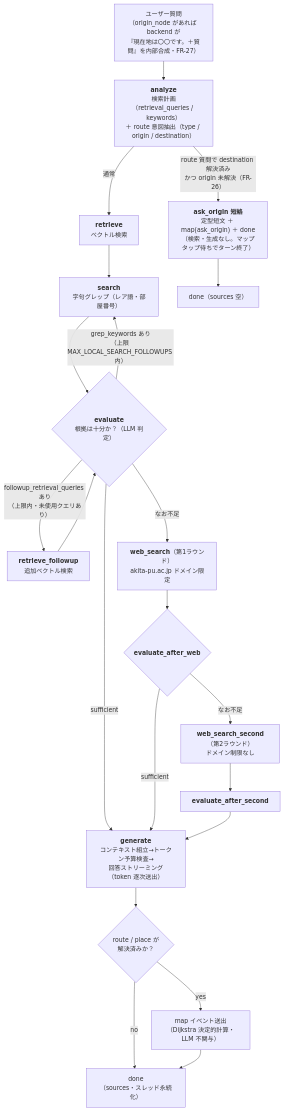
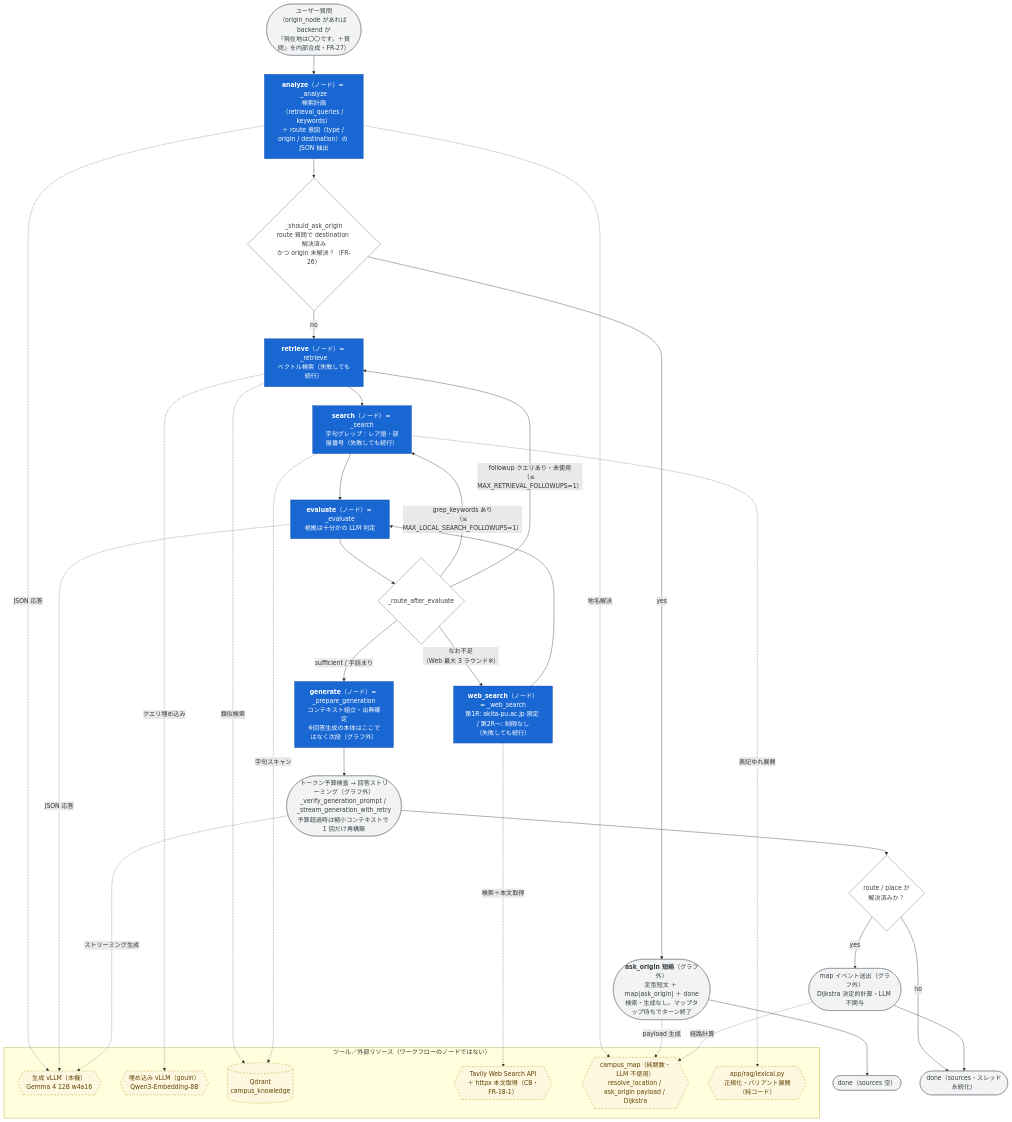
The second of 4 diagrams in docs/AGENT_ARCHITECTURE.md (TakaJun02/sarutahiko), drawn with Mermaid before and after one commit. The commit also changed other lines of this file and 2 other files, not shown here.

````diff
--- a/docs/AGENT_ARCHITECTURE.md
+++ b/docs/AGENT_ARCHITECTURE.md
@@ -40,30 +74,53 @@
 ```mermaid
 flowchart TD
-    Q["ユーザー質問<br/>（origin_node があれば backend が<br/>『現在地は〇〇です。＋質問』を内部合成・FR-27）"] --> AN
+    Q(["ユーザー質問<br/>（origin_node があれば backend が<br/>『現在地は〇〇です。＋質問』を内部合成・FR-27）"]):::orch --> AN
 
-    AN["<b>analyze</b><br/>検索計画（retrieval_queries / keywords）<br/>＋ route 意図抽出（type / origin / destination）"]
+    AN["<b>analyze</b>（ノード）= _analyze<br/>検索計画（retrieval_queries / keywords）<br/>＋ route 意図（type / origin / destination）の JSON 抽出"]:::wfnode
 
-    AN -->|"route 質問で destination 解決済み<br/>かつ origin 未解決（FR-26）"| ASK["<b>ask_origin 短絡</b><br/>定型短文 ＋ map(ask_origin) ＋ done<br/>（検索・生成なし。マップタップ待ちでターン終了）"]
+    AN --> ASKQ{"_should_ask_origin<br/>route 質問で destination 解決済み<br/>かつ origin 未解決？（FR-26）"}:::router
+    ASKQ -->|"yes"| ASK(["<b>ask_origin 短絡</b>（グラフ外）<br/>定型短文 ＋ map(ask_origin) ＋ done<br/>検索・生成なし。マップタップ待ちでターン終了"]):::orch
+    ASK --> DONE2(["done（sources 空）"]):::orch
 
-    AN -->|通常| RT["<b>retrieve</b><br/>ベクトル検索"]
-    RT --> SE["<b>search</b><br/>字句グレップ（レア語・部屋番号）"]
-    SE --> EV{"<b>evaluate</b><br/>根拠は十分か？（LLM 判定）"}
+    ASKQ -->|"no"| RT["<b>retrieve</b>（ノード）= _retrieve<br/>ベクトル検索（失敗しても続行）"]:::wfnode
+    RT --> SE["<b>search</b>（ノード）= _search<br/>字句グレップ：レア語・部屋番号（失敗しても続行）"]:::wfnode
+    SE --> EV["<b>evaluate</b>（ノード）= _evaluate<br/>根拠は十分かの LLM 判定"]:::wfnode
 
-    EV -->|"sufficient"| GE
-    EV -->|"grep_keywords あり<br/>（上限 MAX_LOCAL_SEARCH_FOLLOWUPS 内）"| SE
-    EV -->|"followup_retrieval_queries あり<br/>（上限内・未使用クエリあり）"| RTF["<b>retrieve_followup</b><br/>追加ベクトル検索"]
-    RTF --> EV
-    EV -->|"なお不足"| WS1["<b>web_search</b>（第1ラウンド）<br/>akita-pu.ac.jp ドメイン限定"]
+    EV --> RAE{"_route_after_evaluate"}:::router
+    RAE -->|"grep_keywords あり<br/>（≤ MAX_LOCAL_SEARCH_FOLLOWUPS=1）"| SE
+    RAE -->|"followup クエリあり・未使用<br/>（≤ MAX_RETRIEVAL_FOLLOWUPS=1）"| RT
+    RAE -->|"なお不足<br/>（Web 最大 3 ラウンド※）"| WS["<b>web_search</b>（ノード）= _web_search<br/>第1R: akita-pu.ac.jp 限定 / 第2R〜: 制限なし<br/>（失敗しても続行）"]:::wfnode
+    WS --> EV
+    RAE -->|"sufficient / 手詰まり"| GE["<b>generate</b>（ノード）= _prepare_generation<br/>コンテキスト組立・出典確定<br/>※回答生成の本体はここではなく次段（グラフ外）"]:::wfnode
 
-    WS1 --> EVW{"<b>evaluate_after_web</b>"}
-    EVW -->|"なお不足"| WS2["<b>web_search_second</b>（第2ラウンド）<br/>ドメイン制限なし"]
-    EVW -->|"sufficient"| GE
-    WS2 --> EVS["<b>evaluate_after_second</b>"]
-    EVS --> GE["<b>generate</b><br/>コンテキスト組立→トークン予算検査→<br/>回答ストリーミング（token 逐次送出）"]
+    GE --> TOK(["トークン予算検査 → 回答ストリーミング（グラフ外）<br/>_verify_generation_prompt / _stream_generation_with_retry<br/>予算超過時は縮小コンテキストで 1 回だけ再構築"]):::orch
+    TOK --> MP{"route / place が<br/>解決済みか？"}:::router
+    MP -->|"yes"| MC(["map イベント送出（グラフ外）<br/>Dijkstra 決定的計算・LLM 不関与"]):::orch
+    MP -->|"no"| DONE(["done（sources・スレッド永続化）"]):::orch
+    MC --> DONE
 
-    GE --> MP{"route / place が<br/>解決済みか？"}
-    MP -->|"yes"| MC["map イベント送出<br/>（Dijkstra 決定的計算・LLM 不関与）"]
-    MP -->|"no"| DONE
-    MC --> DONE["done<br/>（sources・スレッド永続化）"]
-    ASK --> DONE2["done（sources 空）"]
+    subgraph TOOLS["ツール／外部リソース（ワークフローのノードではない）"]
+        VLLM{{"生成 vLLM（本機）<br/>Gemma 4 12B w4a16"}}:::tool
+        EMB{{"埋め込み vLLM（gouin）<br/>Qwen3-Embedding-8B"}}:::tool
+        QD[("Qdrant<br/>campus_knowledge")]:::tool
+        TAV{{"Tavily Web Search API<br/>＋ httpx 本文取得（CB・FR-18-1）"}}:::tool
+        CM{{"campus_map（純関数・LLM 不使用）<br/>resolve_location / ask_origin payload / Dijkstra"}}:::tool
+        LEX{{"app/rag/lexical.py<br/>正規化・バリアント展開（純コード）"}}:::tool
+    end
+
+    AN -.->|"JSON 応答"| VLLM
+    AN -.->|"地名解決"| CM
+    ASK -.->|"payload 生成"| CM
+    RT -.->|"クエリ埋め込み"| EMB
+    RT -.->|"類似検索"| QD
+    SE -.->|"字句スキャン"| QD
+    SE -.->|"表記ゆれ展開"| LEX
+    EV -.->|"JSON 応答"| VLLM
+    WS -.->|"検索＋本文取得"| TAV
+    TOK -.->|"ストリーミング生成"| VLLM
+    MC -.->|"経路計算"| CM
+
+    classDef wfnode fill:#1967d2,stroke:#0b47a1,color:#ffffff
+    classDef tool fill:#fef7e0,stroke:#b58800,color:#5f4300,stroke-dasharray: 5 4
+    classDef orch fill:#f1f3f4,stroke:#80868b,color:#3c4043
+    classDef router fill:#ffffff,stroke:#5f6368,color:#3c4043
 ```
````
